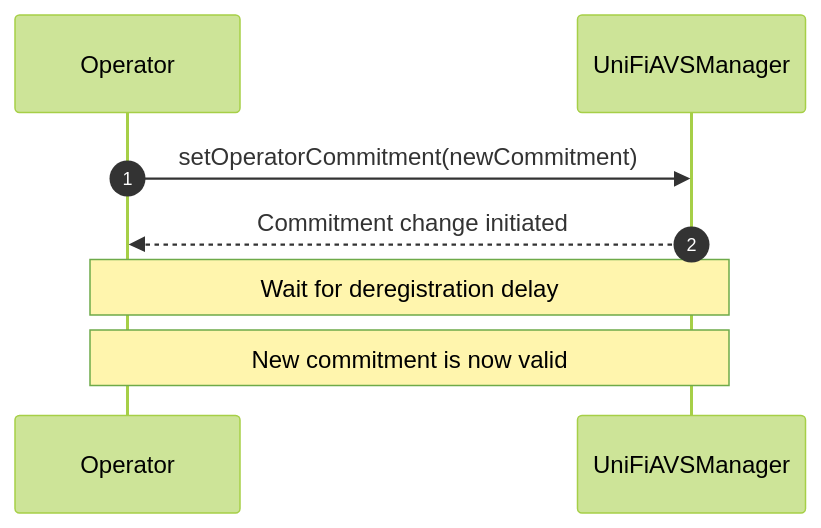
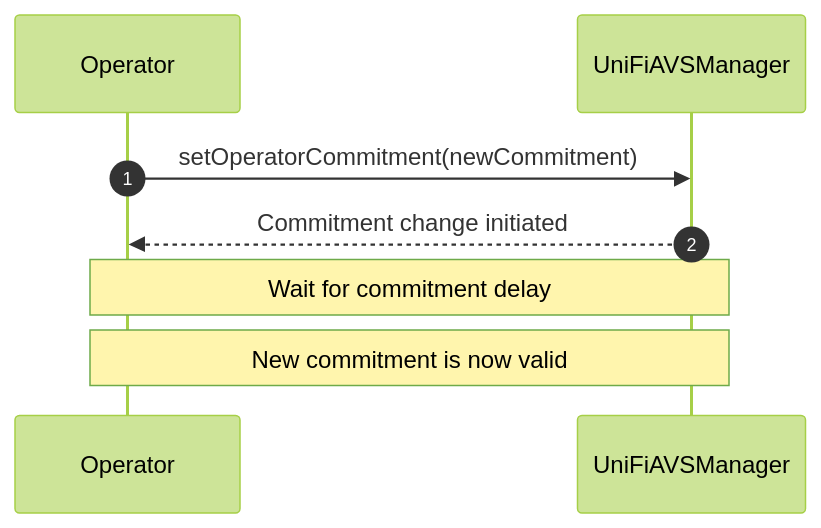
The second of 5 diagrams in avs-manager/docs/registration.md (PufferFinance/Puffer-Preconf), drawn with Mermaid (forest theme) before and after one commit. The commit also changed other lines of this file, not shown here.

````diff
--- a/avs-manager/docs/registration.md
+++ b/avs-manager/docs/registration.md
@@ -41,11 +37,11 @@
 ```mermaid
 sequenceDiagram
     autonumber
     participant Operator
     participant UniFiAVSManager
 
     Operator->>UniFiAVSManager: setOperatorCommitment(newCommitment)
     UniFiAVSManager-->>Operator: Commitment change initiated
-    Note over Operator,UniFiAVSManager: Wait for deregistration delay
+    Note over Operator,UniFiAVSManager: Wait for commitment delay
     Note over Operator,UniFiAVSManager: New commitment is now valid
 ```
````
